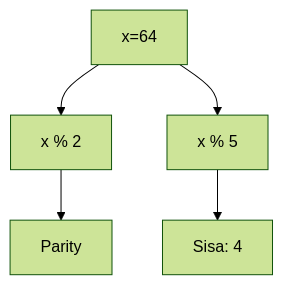
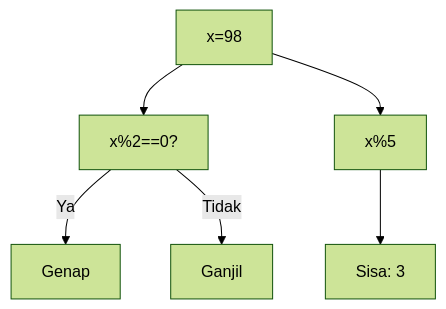
One commit to amnahwaida/OSNK_INF_PREP changed diagram 12 of 25 in part-c-pemahaman-cpp/04-fungsi/latihan/set-12.md. Above: the diagram before and after it, drawn with Mermaid (forest theme). The commit also changed other lines of this file and 71 other files, not shown here.

Commit message:
Fixed Mermaid syntax lexical errors with quoted labels in 1,800 questions

````diff
--- a/part-c-pemahaman-cpp/04-fungsi/latihan/set-12.md
+++ b/part-c-pemahaman-cpp/04-fungsi/latihan/set-12.md
@@ -300,7 +377,8 @@
 ```mermaid
 graph TD
-A[x=64] --> B[x % 2]
-B --> C[Parity]
-A --> D[x % 5]
-D --> E[Sisa: 4]
+A["x=98"] --> B["x%2==0?"]
+B -- Ya --> C["Genap"]
+B -- Tidak --> D["Ganjil"]
+A --> E["x%5"]
+E --> F["Sisa: 3"]
 ```
````
